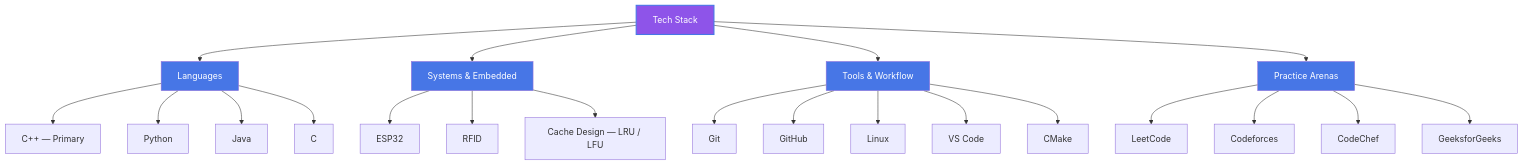
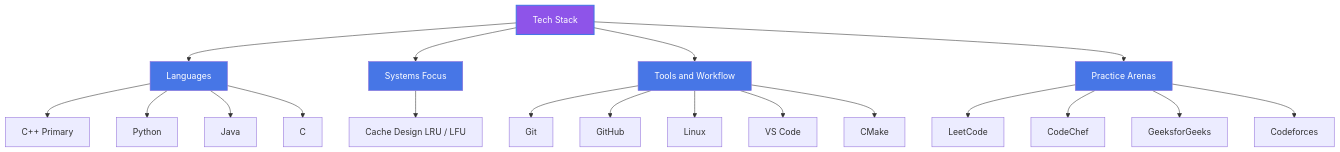
One commit to aakashk7092/aakashk7092 changed the diagram in README.md. Above: the diagram before and after it, drawn with Mermaid. The commit also changed other lines of this file, not shown here.

````diff
--- a/README.md
+++ b/README.md
@@ -46,33 +48,31 @@
 ```mermaid
 graph TD
     A[Tech Stack] --> B[Languages]
-    A --> C[Systems & Embedded]
-    A --> D[Tools & Workflow]
+    A --> C[Systems Focus]
+    A --> D[Tools and Workflow]
     A --> E[Practice Arenas]
 
-    B --> B1[C++ — Primary]
+    B --> B1[C++ Primary]
     B --> B2[Python]
     B --> B3[Java]
     B --> B4[C]
 
-    C --> C1[ESP32]
-    C --> C2[RFID]
-    C --> C3[Cache Design — LRU / LFU]
+    C --> C1[Cache Design LRU / LFU]
 
     D --> D1[Git]
     D --> D2[GitHub]
     D --> D3[Linux]
     D --> D4[VS Code]
     D --> D5[CMake]
 
     E --> E1[LeetCode]
-    E --> E2[Codeforces]
-    E --> E3[CodeChef]
-    E --> E4[GeeksforGeeks]
+    E --> E2[CodeChef]
+    E --> E3[GeeksforGeeks]
+    E --> E4[Codeforces]
 
     style A fill:#8E54E9,color:#fff,stroke:#4776E6,stroke-width:2px
     style B fill:#4776E6,color:#fff
     style C fill:#4776E6,color:#fff
     style D fill:#4776E6,color:#fff
     style E fill:#4776E6,color:#fff
 ```
````
